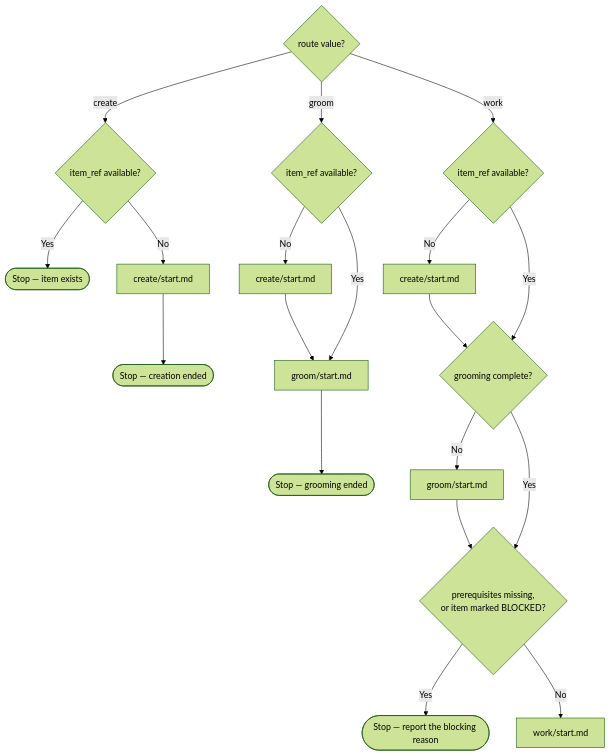
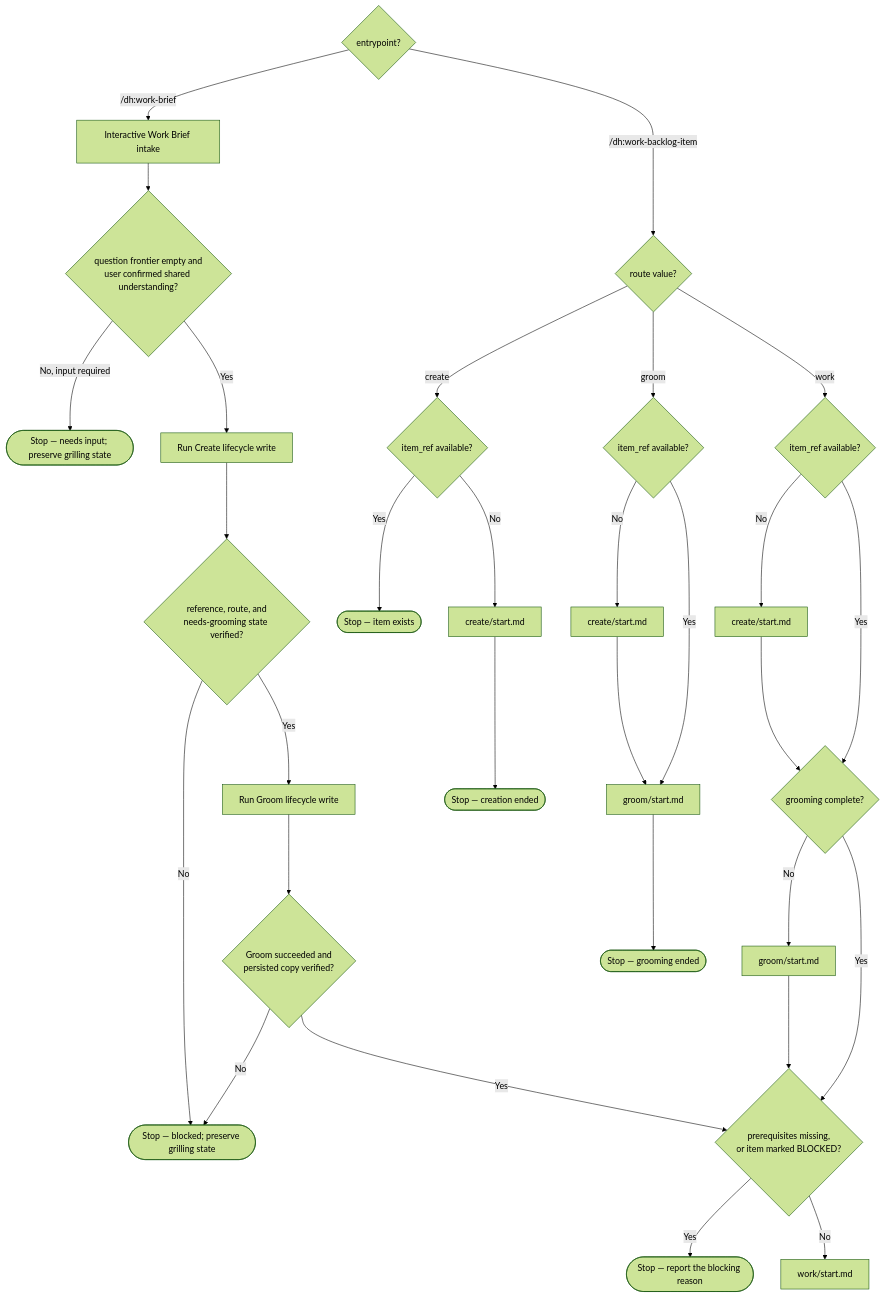
The second of 2 diagrams in plugins/development-harness/docs/backlog-lifecycle.md (Jamie-BitFlight/claude_skills), drawn with Mermaid (forest theme) before and after one commit. The commit also changed other lines of this file and 11 other files, not shown here.

First line of the commit message:
docs(dh): define supplier-neutral Work Brief architecture (#3955)

````diff
--- a/plugins/development-harness/docs/backlog-lifecycle.md
+++ b/plugins/development-harness/docs/backlog-lifecycle.md
@@ -120,24 +140,37 @@
 ```mermaid
 flowchart TD
+    Entry{"entrypoint?"}
+    Entry -->|/dh:work-brief| BriefIntake["Interactive Work Brief intake"]
+    BriefIntake --> BriefReady{"question frontier empty and<br>user confirmed shared understanding?"}
+    BriefReady -->|No, input required| BriefInput(["Stop — needs input; preserve grilling state"])
+    BriefReady -->|Yes| BriefCreate["Run Create lifecycle write"]
+    BriefCreate --> BriefCreated{"reference, route, and<br>needs-grooming state verified?"}
+    BriefCreated -->|No| BriefBlocked(["Stop — blocked; preserve grilling state"])
+    BriefCreated -->|Yes| BriefGroom["Run Groom lifecycle write"]
+    BriefGroom --> BriefPersisted{"Groom succeeded and<br>persisted copy verified?"}
+    BriefPersisted -->|No| BriefBlocked
+    BriefPersisted -->|Yes| WorkGate
+    Entry -->|/dh:work-backlog-item| Route
+
     Route{"route value?"}
     Route -->|create| CreateRef{"item_ref available?"}
     CreateRef -->|Yes| CreateSkip(["Stop — item exists"])
     CreateRef -->|No| Create["create/start.md"]
     Create --> CreateEnd(["Stop — creation ended"])
 
     Route -->|groom| GroomRef{"item_ref available?"}
     GroomRef -->|No| GroomCreate["create/start.md"]
     GroomCreate --> Groom
     GroomRef -->|Yes| Groom["groom/start.md"]
     Groom --> GroomEnd(["Stop — grooming ended"])
 
     Route -->|work| WorkRef{"item_ref available?"}
     WorkRef -->|No| WorkCreate["create/start.md"]
     WorkCreate --> WorkGroomed
     WorkRef -->|Yes| WorkGroomed{"grooming complete?"}
     WorkGroomed -->|No| WorkGroom["groom/start.md"]
     WorkGroom --> WorkGate
     WorkGroomed -->|Yes| WorkGate{"prerequisites missing,<br>or item marked BLOCKED?"}
     WorkGate -->|Yes| WorkStop(["Stop — report the blocking reason"])
     WorkGate -->|No| Work["work/start.md"]
 ```
````
